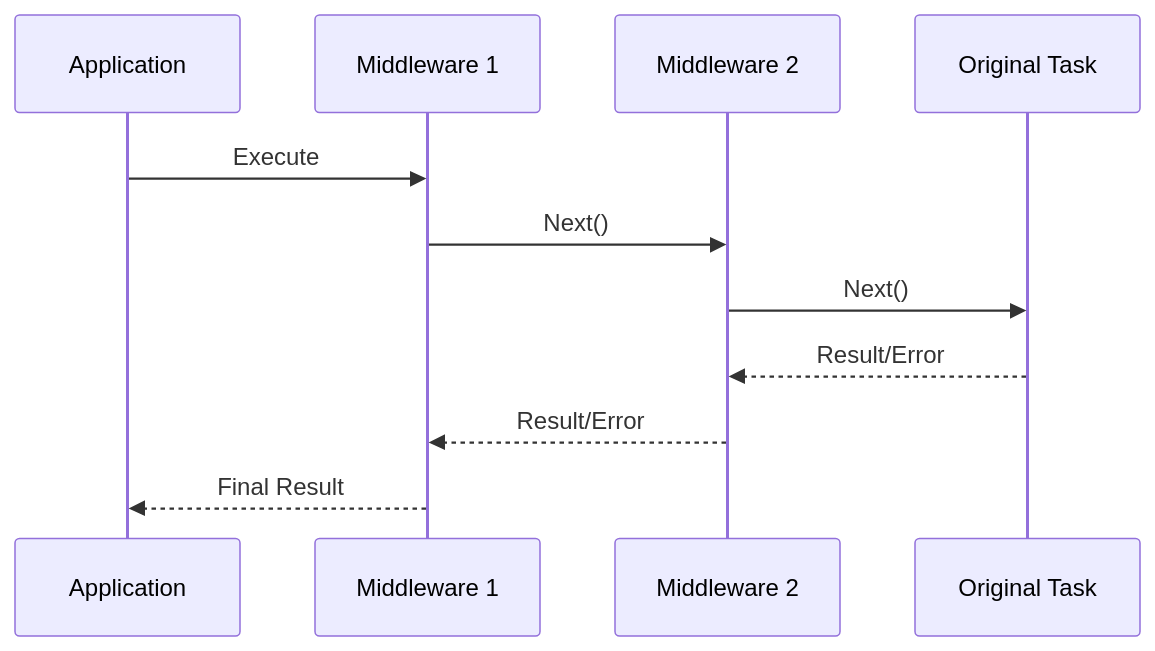
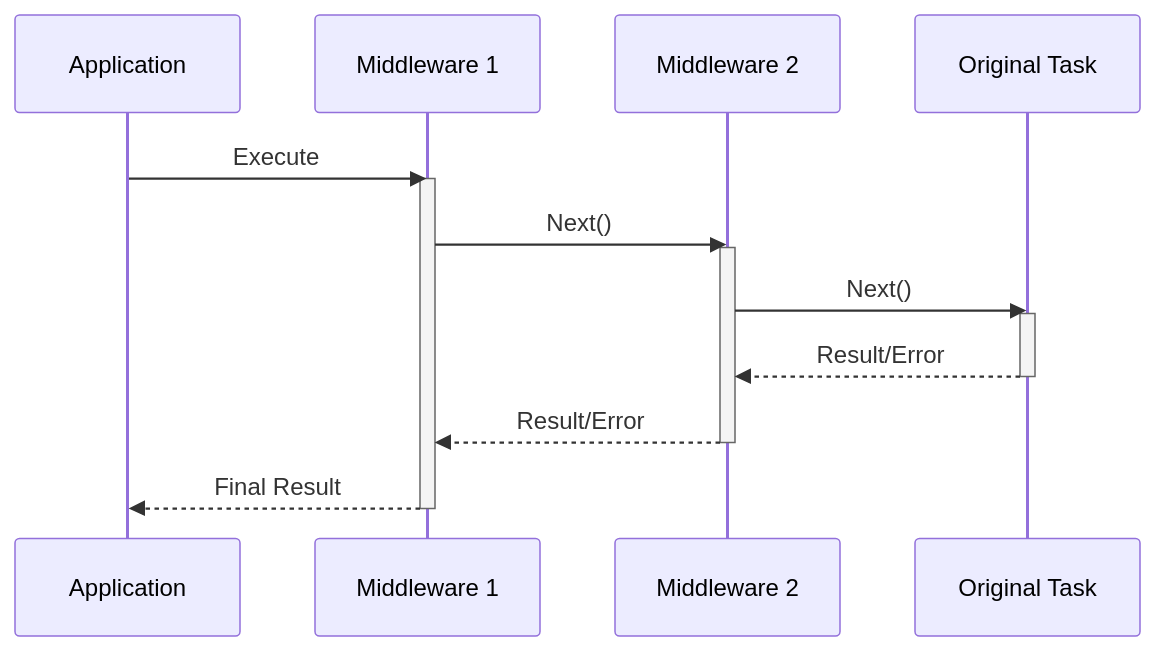
One commit to khizerarshad/super-retry changed the second of 3 diagrams in README.md. Above: the diagram before and after it, drawn with Mermaid. The commit also changed other lines of this file and 1 other file, not shown here.

````diff
--- a/README.md
+++ b/README.md
@@ -59,14 +63,20 @@
 ```mermaid
 sequenceDiagram
   participant App as Application
   participant MW1 as Middleware 1
   participant MW2 as Middleware 2
   participant Task as Original Task
   
   App->>MW1: Execute
+  activate MW1
   MW1->>MW2: Next()
+  activate MW2
   MW2->>Task: Next()
+  activate Task
   Task-->>MW2: Result/Error
+  deactivate Task
   MW2-->>MW1: Result/Error
+  deactivate MW2
   MW1-->>App: Final Result
+  deactivate MW1
 ```
````
